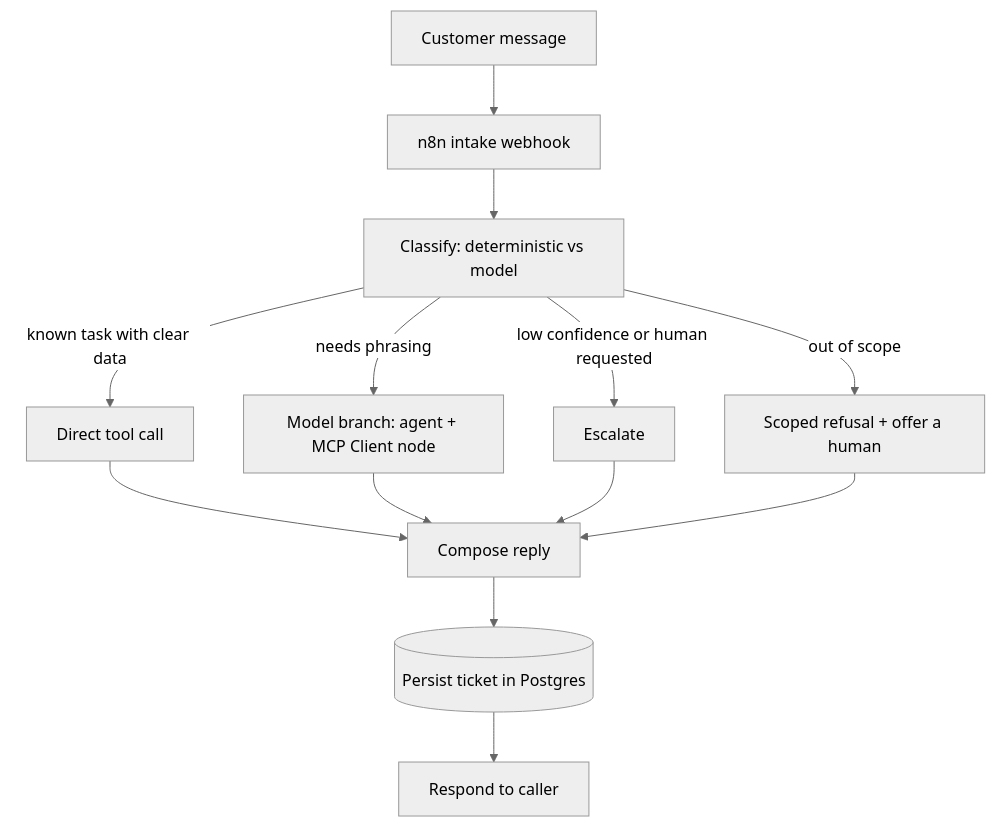
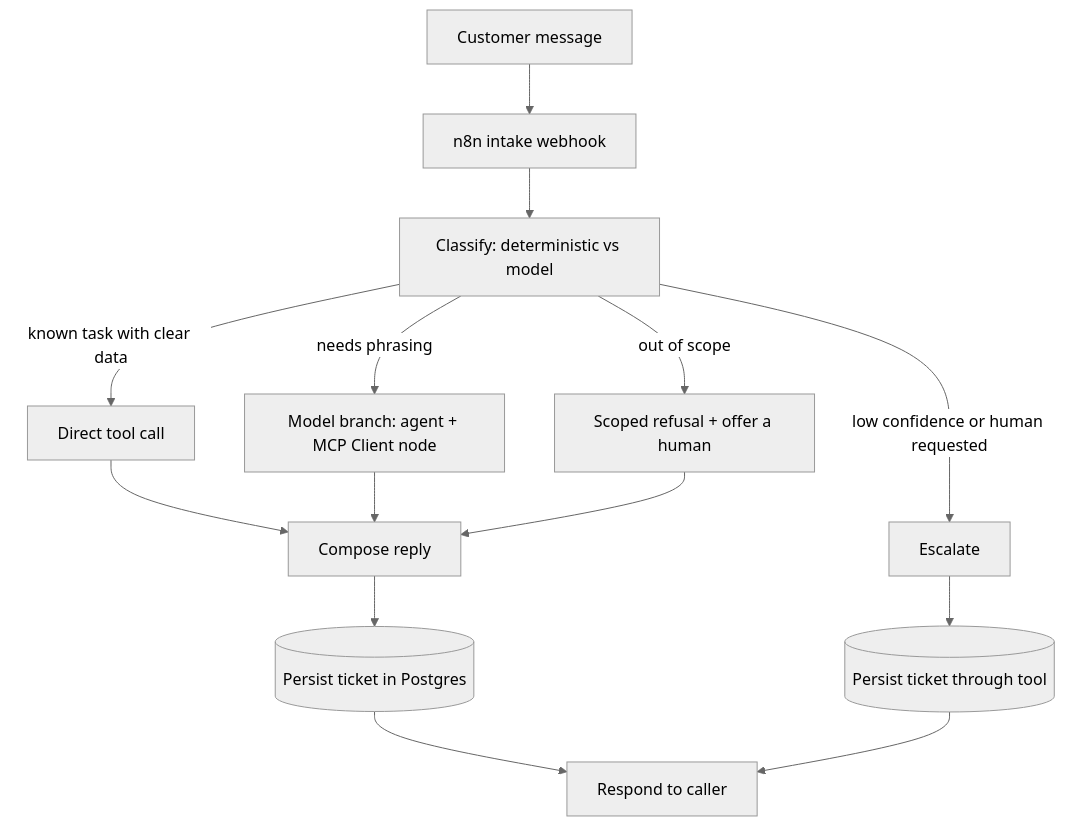
Before and after one commit to EdgeF-4/ecom-support-kit: the diagram in ARCHITECTURE.md, drawn with Mermaid (neutral theme). The commit also changed other lines of this file and 16 other files, not shown here.

````diff
--- a/ARCHITECTURE.md
+++ b/ARCHITECTURE.md
@@ -25,15 +26,16 @@
 ```mermaid
 flowchart TD
     A[Customer message] --> B[n8n intake webhook]
     B --> C[Classify: deterministic vs model]
     C -->|out of scope| R1[Scoped refusal + offer a human]
     C -->|known task with clear data| D[Direct tool call]
     C -->|needs phrasing| E[Model branch: agent + MCP Client node]
     C -->|low confidence or human requested| F[Escalate]
     D --> G[Compose reply]
     E --> G
-    F --> G
+    F --> H2[(Persist ticket through tool)]
     R1 --> G
     G --> H[(Persist ticket in Postgres)]
     H --> I[Respond to caller]
+    H2 --> I
 ```
````
